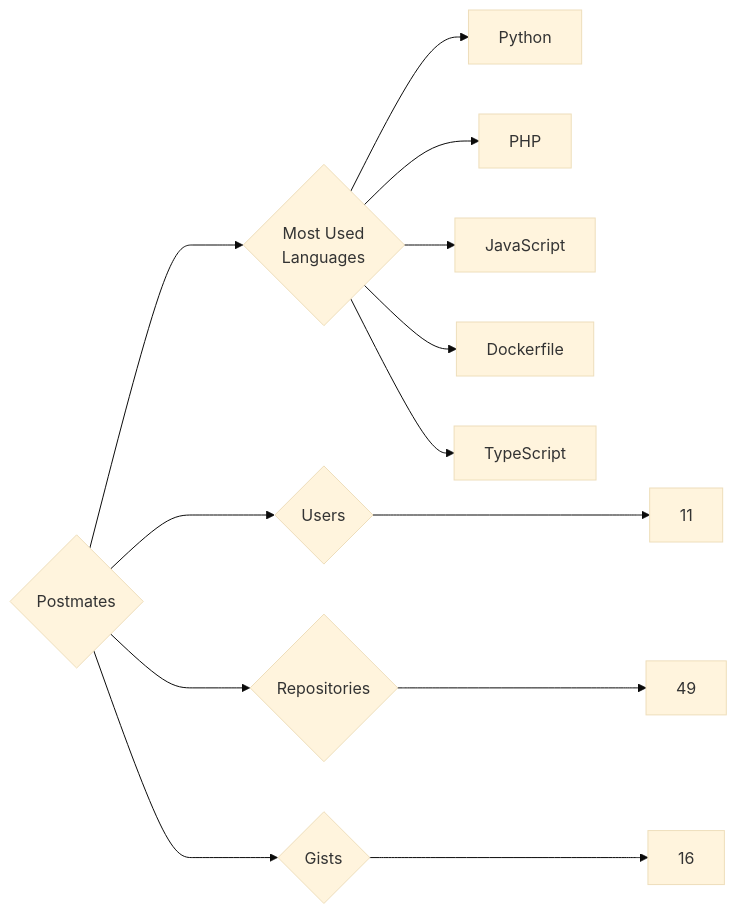
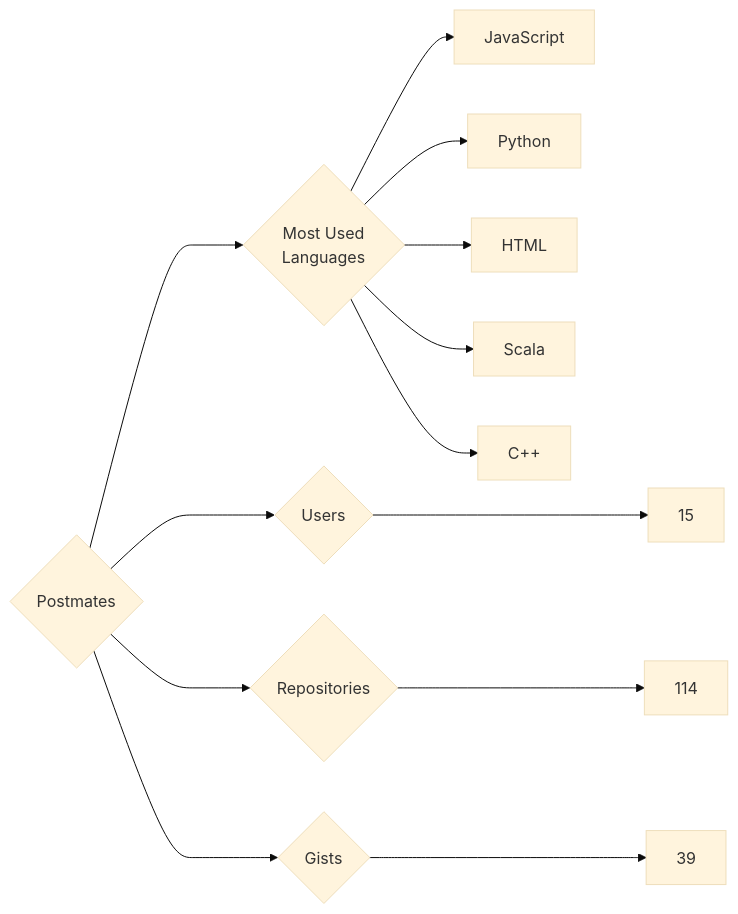
Before and after one commit to trickest/insiders: the diagram in targets/Postmates/README.md, drawn with Mermaid (base theme). The commit also changed 829 other files, not shown here.

````diff
--- a/targets/Postmates/README.md
+++ b/targets/Postmates/README.md
@@ -3,13 +3,13 @@
 ```mermaid
 graph LR
 COMPANY_NAME{Postmates}
-COMPANY_NAME ---> U{Users} ---> UN[11]
-COMPANY_NAME ---> R{Repositories} ---> RN[49]
-COMPANY_NAME ---> G{Gists} ---> GN[16]
+COMPANY_NAME ---> U{Users} ---> UN[15]
+COMPANY_NAME ---> R{Repositories} ---> RN[114]
+COMPANY_NAME ---> G{Gists} ---> GN[39]
 COMPANY_NAME ---> ML{Most Used<br>Languages}
+ML --> JavaScript[JavaScript]
 ML --> Python[Python]
-ML --> PHP[PHP]
-ML --> JavaScript[JavaScript]
-ML --> Dockerfile[Dockerfile]
-ML --> TypeScript[TypeScript]
+ML --> HTML[HTML]
+ML --> Scala[Scala]
+ML --> C++[C++]
 ```
````
